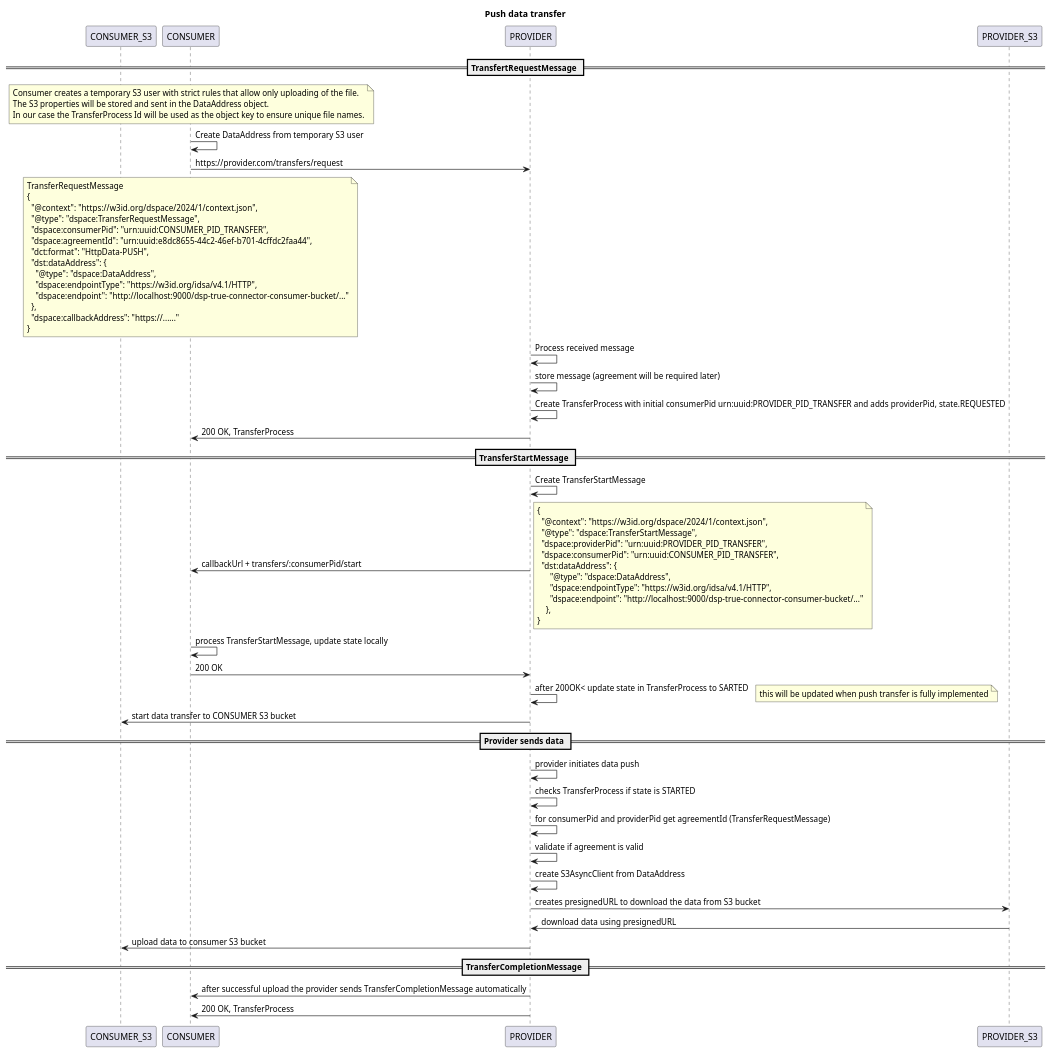
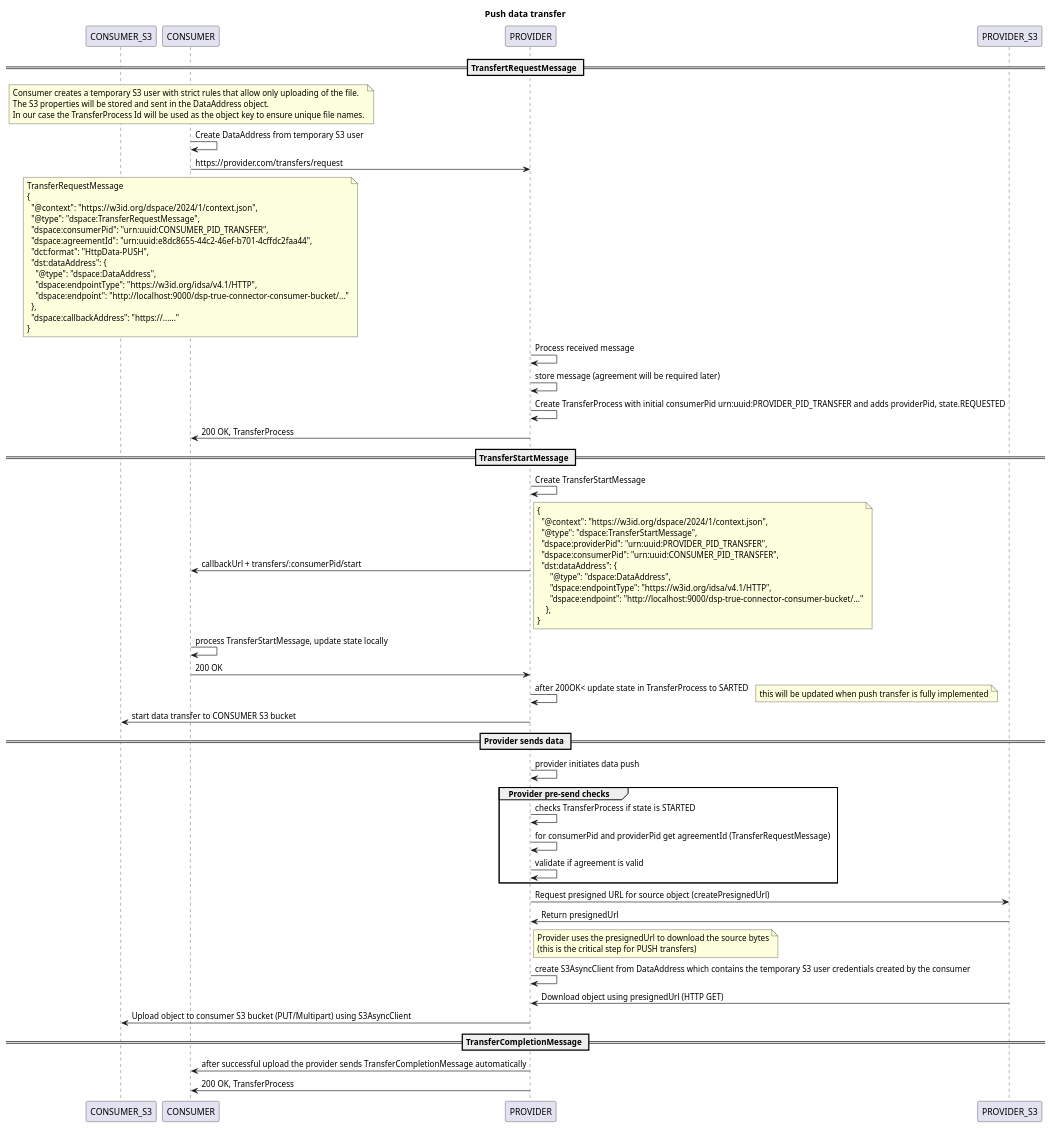
One commit to Engineering-Research-and-Development/dsp-true-connector changed the diagram in data-transfer/doc/diagrams/push_data_transfer.puml. Above: the diagram before and after it, drawn with PlantUML. The commit also changed 3 other files, not shown here.

```diff
--- a/data-transfer/doc/diagrams/push_data_transfer.puml
+++ b/data-transfer/doc/diagrams/push_data_transfer.puml
@@ -1,84 +1,92 @@
 @startuml
 
 TITLE Push data transfer
 
 participant CONSUMER_S3 as cs3
 participant CONSUMER as c
 participant PROVIDER as p
 participant PROVIDER_S3 as ps3
 
 == TransfertRequestMessage ==
 
 note over c
 Consumer creates a temporary S3 user with strict rules that allow only uploading of the file.
 The S3 properties will be stored and sent in the DataAddress object.
 In our case the TransferProcess Id will be used as the object key to ensure unique file names.
 end note
 c->c: Create DataAddress from temporary S3 user
 c->p : https://provider.com/transfers/request
 
 note over c
 TransferRequestMessage
 {
   "@context":  "https://w3id.org/dspace/2024/1/context.json",
   "@type": "dspace:TransferRequestMessage",
   "dspace:consumerPid": "urn:uuid:CONSUMER_PID_TRANSFER",
   "dspace:agreementId": "urn:uuid:e8dc8655-44c2-46ef-b701-4cffdc2faa44",
   "dct:format": "HttpData-PUSH",
   "dst:dataAddress": {
     "@type": "dspace:DataAddress",
     "dspace:endpointType": "https://w3id.org/idsa/v4.1/HTTP",
     "dspace:endpoint": "http://localhost:9000/dsp-true-connector-consumer-bucket/..."
   },
   "dspace:callbackAddress": "https://......"
 }
 end note
 
 p->p: Process received message
 p->p: store message (agreement will be required later)
 p->p: Create TransferProcess with initial consumerPid urn:uuid:PROVIDER_PID_TRANSFER and adds providerPid, state.REQUESTED
 p->c: 200 OK, TransferProcess
 
 == TransferStartMessage ==
 p->p: Create TransferStartMessage
 
 p->c : callbackUrl + transfers/:consumerPid/start
 note right
 {
   "@context":  "https://w3id.org/dspace/2024/1/context.json",
   "@type": "dspace:TransferStartMessage",
   "dspace:providerPid": "urn:uuid:PROVIDER_PID_TRANSFER",
   "dspace:consumerPid": "urn:uuid:CONSUMER_PID_TRANSFER",
   "dst:dataAddress": {
       "@type": "dspace:DataAddress",
       "dspace:endpointType": "https://w3id.org/idsa/v4.1/HTTP",
       "dspace:endpoint": "http://localhost:9000/dsp-true-connector-consumer-bucket/..."
     },
 }
 end note
 
 c->c : process TransferStartMessage, update state locally
 c->p : 200 OK
 p->p: after 200OK< update state in TransferProcess to SARTED
 note right
 this will be updated when push transfer is fully implemented
 end note
 p->cs3: start data transfer to CONSUMER S3 bucket
 
 == Provider sends data ==
 
-p->p: provider initiates data push
-p->p: checks TransferProcess if state is STARTED
-p->p: for consumerPid and providerPid get agreementId (TransferRequestMessage)
-p->p: validate if agreement is valid
-p->p: create S3AsyncClient from DataAddress
-p->ps3: creates presignedURL to download the data from S3 bucket
-ps3->p: download data using presignedURL
-p->cs3: upload data to consumer S3 bucket
+  p->p: provider initiates data push
+group Provider pre-send checks
+  p->p: checks TransferProcess if state is STARTED
+  p->p: for consumerPid and providerPid get agreementId (TransferRequestMessage)
+  p->p: validate if agreement is valid
+end group
+
+p->ps3: Request presigned URL for source object (createPresignedUrl)
+ps3->p: Return presignedUrl
+note right of p
+Provider uses the presignedUrl to download the source bytes
+(this is the critical step for PUSH transfers)
+end note
+  p->p: create S3AsyncClient from DataAddress which contains the temporary S3 user credentials created by the consumer
+ps3->p: Download object using presignedUrl (HTTP GET)
+p->cs3: Upload object to consumer S3 bucket (PUT/Multipart) using S3AsyncClient
 
 == TransferCompletionMessage ==
 
 p->c: after successful upload the provider sends TransferCompletionMessage automatically
 p->c: 200 OK, TransferProcess
 
 @enduml
```
